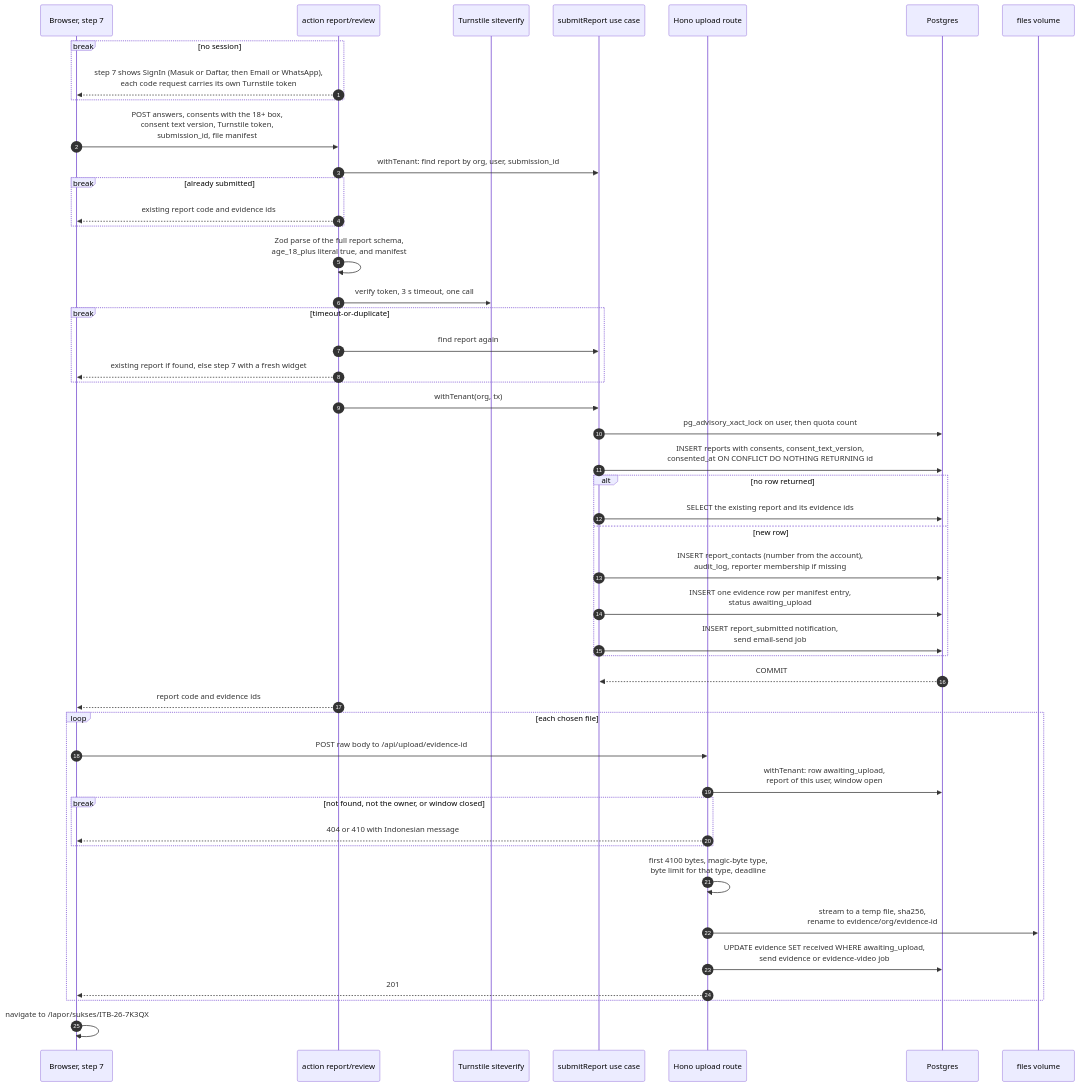
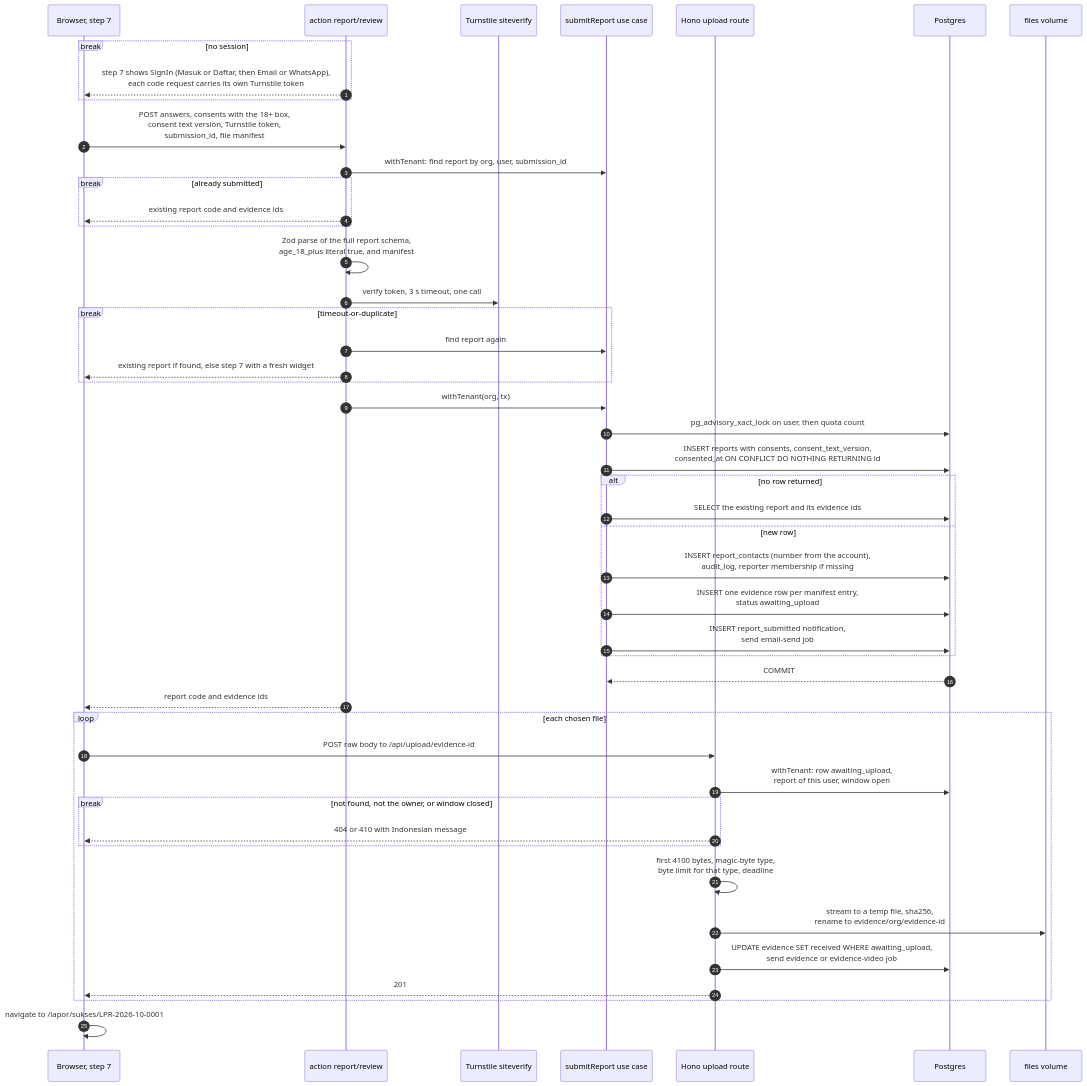
The third of 8 diagrams in docs/architecture.md (nathangalung/Project-SuaraMadani), drawn with Mermaid before and after one commit. The commit also changed other lines of this file and 207 other files, not shown here.

````diff
--- a/docs/architecture.md
+++ b/docs/architecture.md
@@ -300,49 +300,49 @@
 ```mermaid
 sequenceDiagram
   autonumber
   participant B as Browser, step 7
   participant A as action report/review
   participant T as Turnstile siteverify
   participant U as submitReport use case
   participant UP as Hono upload route
   participant PG as Postgres
   participant FS as files volume
   break no session
     A-->>B: step 7 shows SignIn (Masuk or Daftar, then Email or WhatsApp),<br/>each code request carries its own Turnstile token
   end
   B->>A: POST answers, consents with the 18+ box,<br/>consent text version, Turnstile token,<br/>submission_id, file manifest
   A->>U: withTenant: find report by org, user, submission_id
   break already submitted
     A-->>B: existing report code and evidence ids
   end
   A->>A: Zod parse of the full report schema,<br/>age_18_plus literal true, and manifest
   A->>T: verify token, 3 s timeout, one call
   break timeout-or-duplicate
     A->>U: find report again
     A-->>B: existing report if found, else step 7 with a fresh widget
   end
   A->>U: withTenant(org, tx)
   U->>PG: pg_advisory_xact_lock on user, then quota count
   U->>PG: INSERT reports with consents, consent_text_version,<br/>consented_at ON CONFLICT DO NOTHING RETURNING id
   alt no row returned
     U->>PG: SELECT the existing report and its evidence ids
   else new row
     U->>PG: INSERT report_contacts (number from the account),<br/>audit_log, reporter membership if missing
     U->>PG: INSERT one evidence row per manifest entry,<br/>status awaiting_upload
     U->>PG: INSERT report_submitted notification,<br/>send email-send job
   end
   PG-->>U: COMMIT
   A-->>B: report code and evidence ids
   loop each chosen file
     B->>UP: POST raw body to /api/upload/evidence-id
     UP->>PG: withTenant: row awaiting_upload,<br/>report of this user, window open
     break not found, not the owner, or window closed
       UP-->>B: 404 or 410 with Indonesian message
     end
     UP->>UP: first 4100 bytes, magic-byte type,<br/>byte limit for that type, deadline
     UP->>FS: stream to a temp file, sha256,<br/>rename to evidence/org/evidence-id
     UP->>PG: UPDATE evidence SET received WHERE awaiting_upload,<br/>send evidence or evidence-video job
     UP-->>B: 201
   end
-  B->>B: navigate to /lapor/sukses/ITB-26-7K3QX
+  B->>B: navigate to /lapor/sukses/LPR-2026-10-0001
 ```
````
